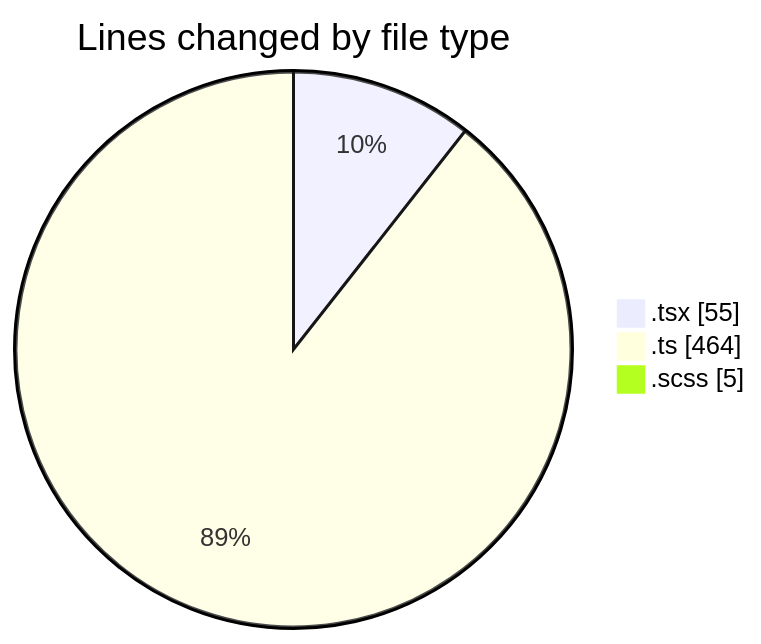
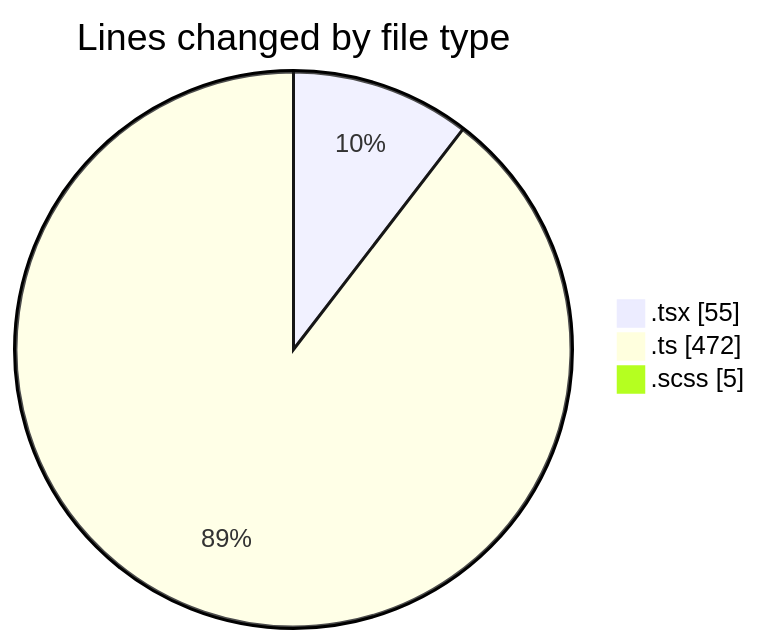
One commit to momahboobian/code-tracking changed the first of 2 diagrams in 2025-10-07/cda/README.md. Above: the diagram before and after it, drawn with Mermaid. The commit also changed other lines of this file and 1 other file, not shown here.

````diff
--- a/2025-10-07/cda/README.md
+++ b/2025-10-07/cda/README.md
@@ -25,7 +25,7 @@
 ```mermaid
 pie showData
 title Lines changed by file type
 ".tsx" : 55
-".ts" : 464
+".ts" : 472
 ".scss" : 5
 ```
````
